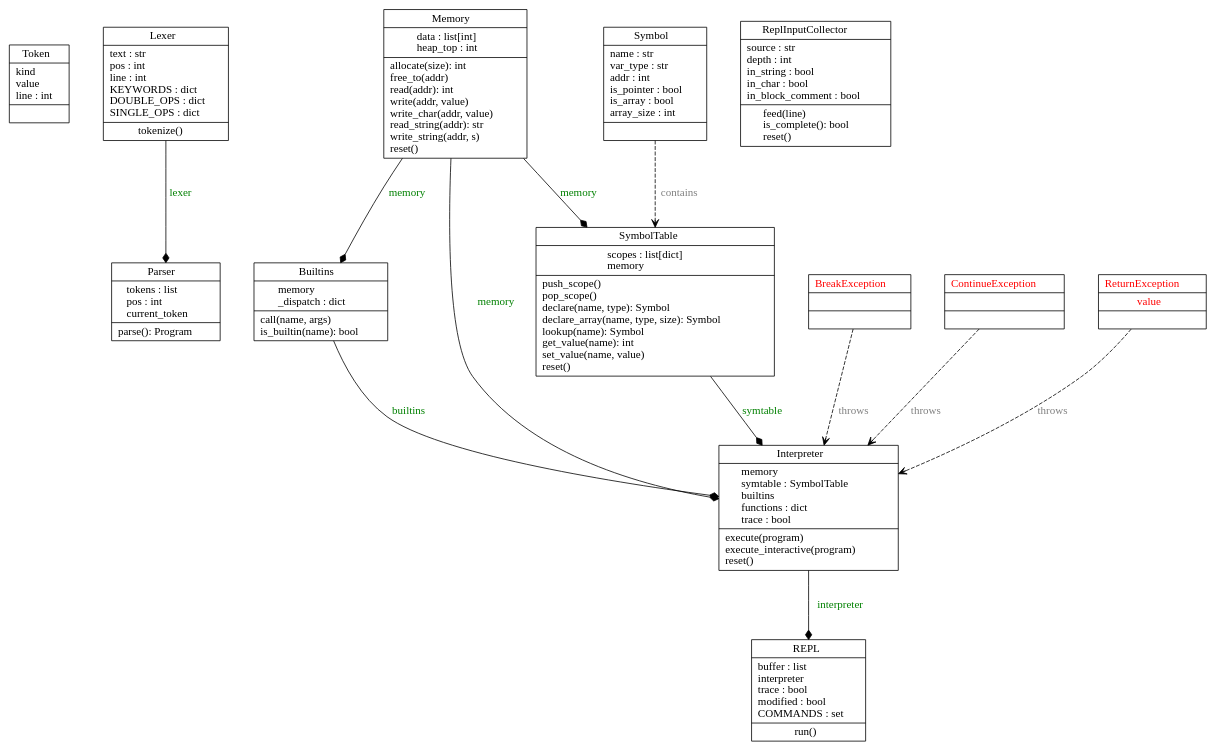
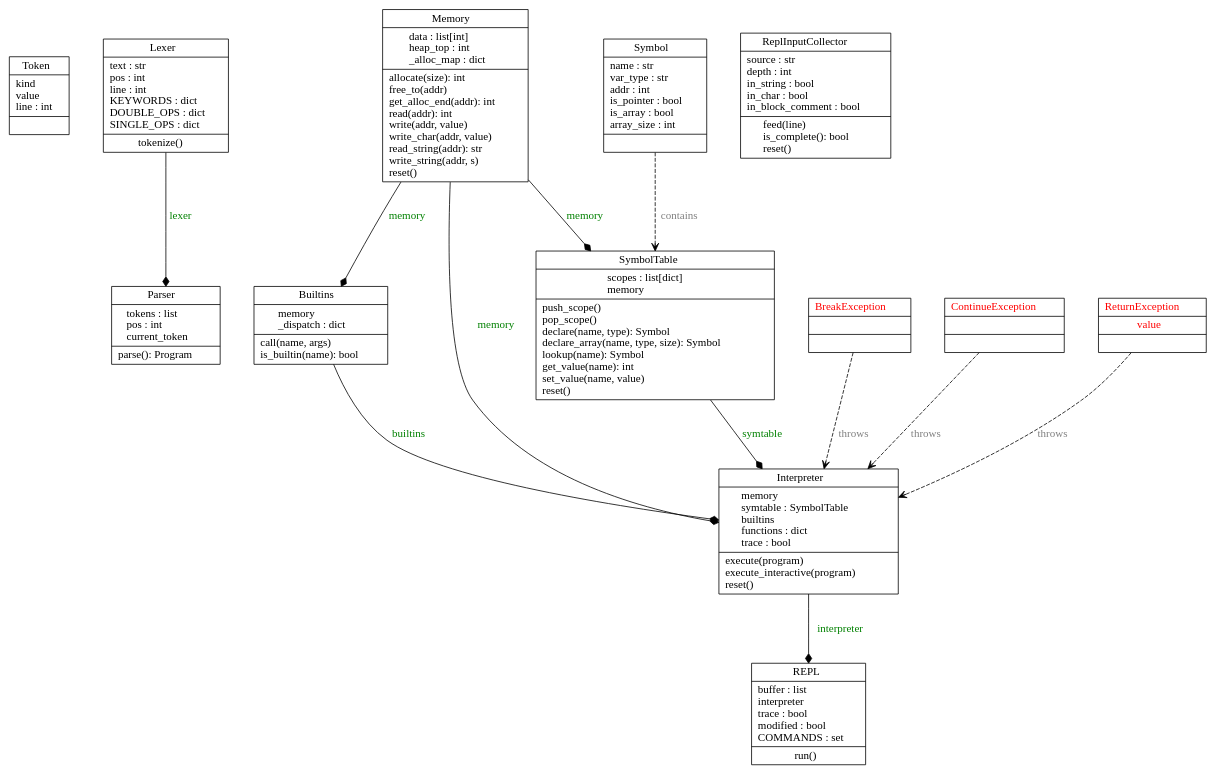
The diagram in uml/classes_runtime.dot (yubo1217/small_c), drawn with Graphviz before and after one commit. The commit also changed 3 other files, not shown here.

```diff
--- a/uml/classes_runtime.dot
+++ b/uml/classes_runtime.dot
@@ -1,50 +1,50 @@
 digraph "Runtime Modules" {
 rankdir=TB
 nodesep=0.6
 ranksep=1.0
 charset="utf-8"
 
 // ── Lexer 層 ──────────────────────────────────
 "lexer.Token" [label=<{Token|kind<br ALIGN="LEFT"/>value<br ALIGN="LEFT"/>line : int<br ALIGN="LEFT"/>|}>, shape="record", style="solid"];
 "lexer.Lexer" [label=<{Lexer|text : str<br ALIGN="LEFT"/>pos : int<br ALIGN="LEFT"/>line : int<br ALIGN="LEFT"/>KEYWORDS : dict<br ALIGN="LEFT"/>DOUBLE_OPS : dict<br ALIGN="LEFT"/>SINGLE_OPS : dict<br ALIGN="LEFT"/>|tokenize()<br ALIGN="LEFT"/>}>, shape="record", style="solid"];
 
 // ── Parser 層 ─────────────────────────────────
 "parser.Parser" [label=<{Parser|tokens : list<br ALIGN="LEFT"/>pos : int<br ALIGN="LEFT"/>current_token<br ALIGN="LEFT"/>|parse(): Program<br ALIGN="LEFT"/>}>, shape="record", style="solid"];
 
 // ── Memory ────────────────────────────────────
-"memory.Memory" [label=<{Memory|data : list[int]<br ALIGN="LEFT"/>heap_top : int<br ALIGN="LEFT"/>|allocate(size): int<br ALIGN="LEFT"/>free_to(addr)<br ALIGN="LEFT"/>read(addr): int<br ALIGN="LEFT"/>write(addr, value)<br ALIGN="LEFT"/>write_char(addr, value)<br ALIGN="LEFT"/>read_string(addr): str<br ALIGN="LEFT"/>write_string(addr, s)<br ALIGN="LEFT"/>reset()<br ALIGN="LEFT"/>}>, shape="record", style="solid"];
+"memory.Memory" [label=<{Memory|data : list[int]<br ALIGN="LEFT"/>heap_top : int<br ALIGN="LEFT"/>_alloc_map : dict<br ALIGN="LEFT"/>|allocate(size): int<br ALIGN="LEFT"/>free_to(addr)<br ALIGN="LEFT"/>get_alloc_end(addr): int<br ALIGN="LEFT"/>read(addr): int<br ALIGN="LEFT"/>write(addr, value)<br ALIGN="LEFT"/>write_char(addr, value)<br ALIGN="LEFT"/>read_string(addr): str<br ALIGN="LEFT"/>write_string(addr, s)<br ALIGN="LEFT"/>reset()<br ALIGN="LEFT"/>}>, shape="record", style="solid"];
 
 // ── SymbolTable ───────────────────────────────
 "symtable.Symbol" [label=<{Symbol|name : str<br ALIGN="LEFT"/>var_type : str<br ALIGN="LEFT"/>addr : int<br ALIGN="LEFT"/>is_pointer : bool<br ALIGN="LEFT"/>is_array : bool<br ALIGN="LEFT"/>array_size : int<br ALIGN="LEFT"/>|}>, shape="record", style="solid"];
 "symtable.SymbolTable" [label=<{SymbolTable|scopes : list[dict]<br ALIGN="LEFT"/>memory<br ALIGN="LEFT"/>|push_scope()<br ALIGN="LEFT"/>pop_scope()<br ALIGN="LEFT"/>declare(name, type): Symbol<br ALIGN="LEFT"/>declare_array(name, type, size): Symbol<br ALIGN="LEFT"/>lookup(name): Symbol<br ALIGN="LEFT"/>get_value(name): int<br ALIGN="LEFT"/>set_value(name, value)<br ALIGN="LEFT"/>reset()<br ALIGN="LEFT"/>}>, shape="record", style="solid"];
 
 // ── Builtins ──────────────────────────────────
-"builtins_funcs.Builtins" [label=<{Builtins|memory<br ALIGN="LEFT"/>_dispatch : dict<br ALIGN="LEFT"/>|call(name, args)<br ALIGN="LEFT"/>is_builtin(name): bool<br ALIGN="LEFT"/>}>, shape="record", style="solid"];
+"builtins.Builtins" [label=<{Builtins|memory<br ALIGN="LEFT"/>_dispatch : dict<br ALIGN="LEFT"/>|call(name, args)<br ALIGN="LEFT"/>is_builtin(name): bool<br ALIGN="LEFT"/>}>, shape="record", style="solid"];
 
 // ── 控制流程例外 ──────────────────────────────
 "interpreter.BreakException" [label=<{BreakException||}>, shape="record", style="solid", fontcolor="red"];
 "interpreter.ContinueException" [label=<{ContinueException||}>, shape="record", style="solid", fontcolor="red"];
 "interpreter.ReturnException" [label=<{ReturnException|value<br ALIGN="LEFT"/>|}>, shape="record", style="solid", fontcolor="red"];
 
 // ── Interpreter ───────────────────────────────
 "interpreter.Interpreter" [label=<{Interpreter|memory<br ALIGN="LEFT"/>symtable : SymbolTable<br ALIGN="LEFT"/>builtins<br ALIGN="LEFT"/>functions : dict<br ALIGN="LEFT"/>trace : bool<br ALIGN="LEFT"/>|execute(program)<br ALIGN="LEFT"/>execute_interactive(program)<br ALIGN="LEFT"/>reset()<br ALIGN="LEFT"/>}>, shape="record", style="solid"];
 
 // ── REPL ──────────────────────────────────────
 "repl.ReplInputCollector" [label=<{ReplInputCollector|source : str<br ALIGN="LEFT"/>depth : int<br ALIGN="LEFT"/>in_string : bool<br ALIGN="LEFT"/>in_char : bool<br ALIGN="LEFT"/>in_block_comment : bool<br ALIGN="LEFT"/>|feed(line)<br ALIGN="LEFT"/>is_complete(): bool<br ALIGN="LEFT"/>reset()<br ALIGN="LEFT"/>}>, shape="record", style="solid"];
 "repl.REPL" [label=<{REPL|buffer : list<br ALIGN="LEFT"/>interpreter<br ALIGN="LEFT"/>trace : bool<br ALIGN="LEFT"/>modified : bool<br ALIGN="LEFT"/>COMMANDS : set<br ALIGN="LEFT"/>|run()<br ALIGN="LEFT"/>}>, shape="record", style="solid"];
 
 // ── 組合關係 ──────────────────────────────────
 "lexer.Lexer"               -> "parser.Parser"          [arrowhead="diamond", label="lexer", fontcolor="green"];
 "memory.Memory"             -> "symtable.SymbolTable"   [arrowhead="diamond", label="memory", fontcolor="green"];
 "memory.Memory"             -> "interpreter.Interpreter"[arrowhead="diamond", label="memory", fontcolor="green"];
-"memory.Memory"             -> "builtins_funcs.Builtins"[arrowhead="diamond", label="memory", fontcolor="green"];
+"memory.Memory"             -> "builtins.Builtins"[arrowhead="diamond", label="memory", fontcolor="green"];
 "symtable.SymbolTable"      -> "interpreter.Interpreter"[arrowhead="diamond", label="symtable", fontcolor="green"];
-"builtins_funcs.Builtins"   -> "interpreter.Interpreter"[arrowhead="diamond", label="builtins", fontcolor="green"];
+"builtins.Builtins"   -> "interpreter.Interpreter"[arrowhead="diamond", label="builtins", fontcolor="green"];
 "interpreter.Interpreter"   -> "repl.REPL"              [arrowhead="diamond", label="interpreter", fontcolor="green"];
 
 // ── 使用關係 ──────────────────────────────────
 "symtable.Symbol"           -> "symtable.SymbolTable"   [arrowhead="open", style="dashed", label="contains", fontcolor="gray"];
 "interpreter.BreakException"    -> "interpreter.Interpreter" [arrowhead="open", style="dashed", label="throws", fontcolor="gray"];
 "interpreter.ContinueException" -> "interpreter.Interpreter" [arrowhead="open", style="dashed", label="throws", fontcolor="gray"];
 "interpreter.ReturnException"   -> "interpreter.Interpreter" [arrowhead="open", style="dashed", label="throws", fontcolor="gray"];
 }
```
